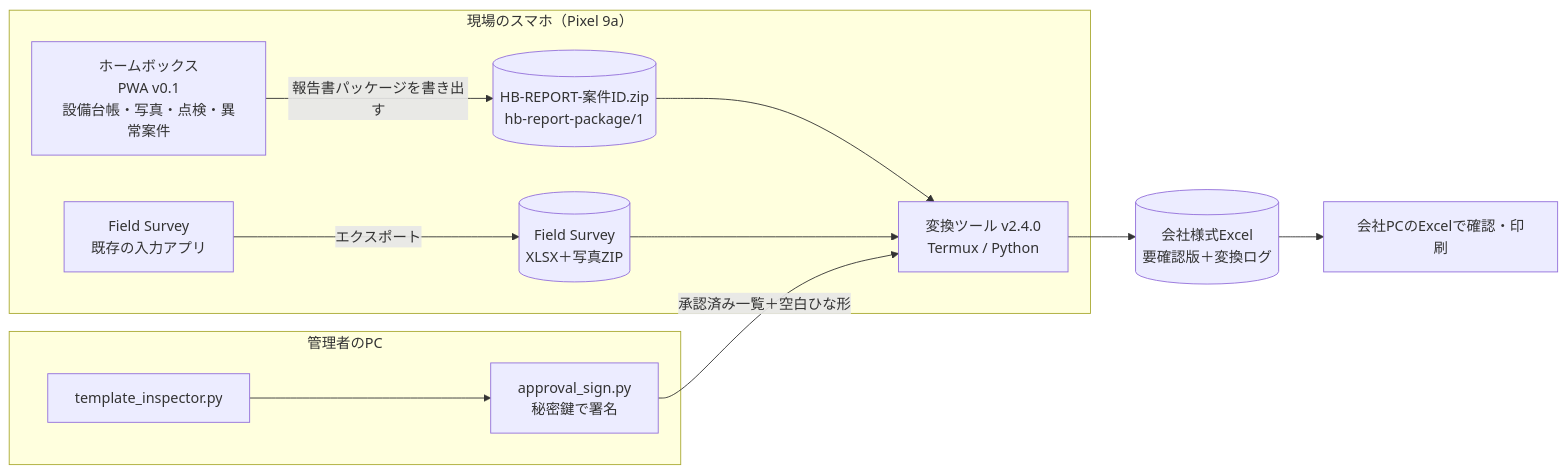
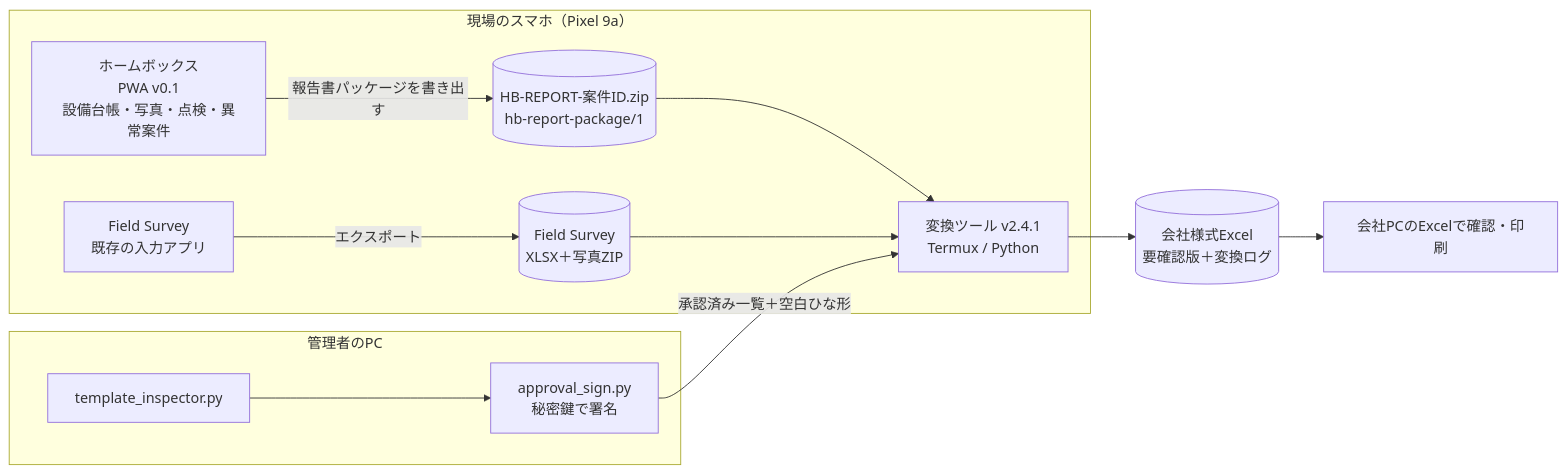
Before and after one commit to bohita7783-star/cloud: the diagram in homebox-app/ARCHITECTURE.md, drawn with Mermaid. The commit also changed 3 other files, not shown here.

````diff
--- a/homebox-app/ARCHITECTURE.md
+++ b/homebox-app/ARCHITECTURE.md
@@ -8,20 +8,20 @@
 ```mermaid
 flowchart LR
   subgraph phone[現場のスマホ（Pixel 9a）]
     HB[ホームボックス<br/>PWA v0.1<br/>設備台帳・写真・点検・異常案件]
     FS[Field Survey<br/>既存の入力アプリ]
     PKG[(HB-REPORT-案件ID.zip<br/>hb-report-package/1)]
     FSX[(Field Survey<br/>XLSX＋写真ZIP)]
-    CV[変換ツール v2.4.0<br/>Termux / Python]
+    CV[変換ツール v2.4.1<br/>Termux / Python]
     HB -- 報告書パッケージを書き出す --> PKG
     FS -- エクスポート --> FSX
     PKG --> CV
     FSX --> CV
   end
   subgraph admin[管理者のPC]
     INS[template_inspector.py] --> SIGN[approval_sign.py<br/>秘密鍵で署名]
   end
   SIGN -- 承認済み一覧＋空白ひな形 --> CV
   CV --> XLS[(会社様式Excel<br/>要確認版＋変換ログ)]
   XLS --> PC[会社PCのExcelで確認・印刷]
 ```
````
